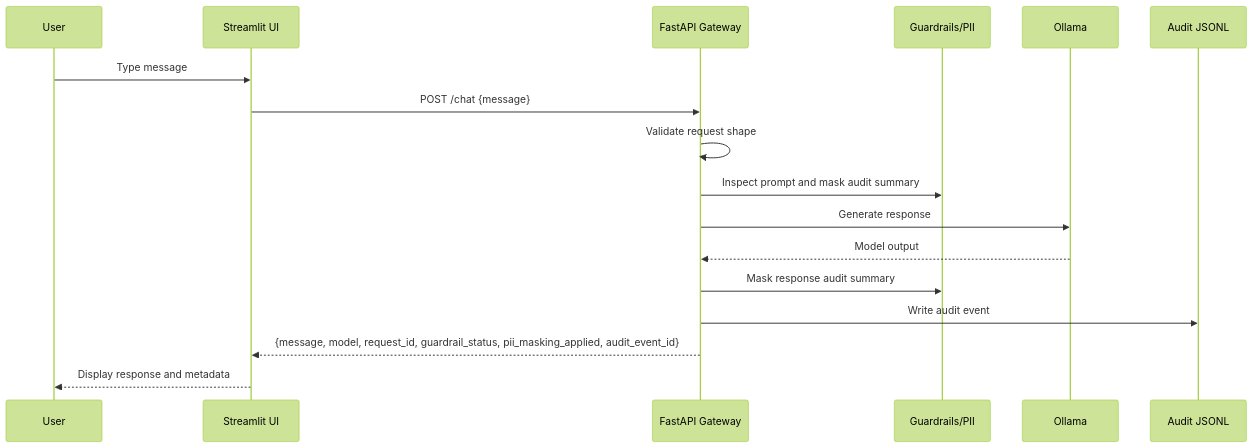
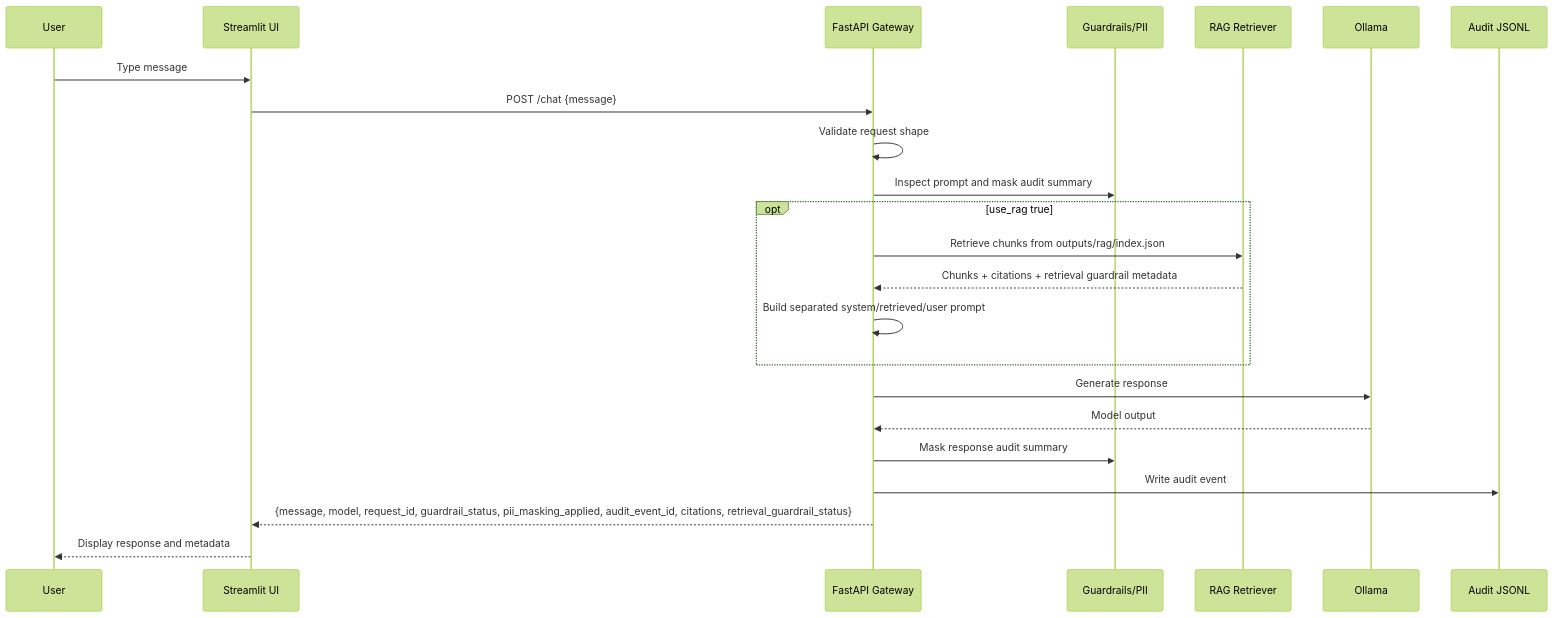
Before and after one commit to omcs-i-a/closed-llm-platform: the third of 4 diagrams in docs/architecture.md, drawn with Mermaid (forest theme). The commit also changed other lines of this file and 26 other files, not shown here.

````diff
--- a/docs/architecture.md
+++ b/docs/architecture.md
@@ -167,20 +176,26 @@
 ```mermaid
 sequenceDiagram
   participant U as User
   participant W as Streamlit UI
   participant A as FastAPI Gateway
   participant G as Guardrails/PII
+  participant R as RAG Retriever
   participant O as Ollama
   participant L as Audit JSONL
 
   U->>W: Type message
   W->>A: POST /chat {message}
   A->>A: Validate request shape
   A->>G: Inspect prompt and mask audit summary
+  opt use_rag true
+    A->>R: Retrieve chunks from outputs/rag/index.json
+    R-->>A: Chunks + citations + retrieval guardrail metadata
+    A->>A: Build separated system/retrieved/user prompt
+  end
   A->>O: Generate response
   O-->>A: Model output
   A->>G: Mask response audit summary
   A->>L: Write audit event
-  A-->>W: {message, model, request_id, guardrail_status, pii_masking_applied, audit_event_id}
+  A-->>W: {message, model, request_id, guardrail_status, pii_masking_applied, audit_event_id, citations, retrieval_guardrail_status}
   W-->>U: Display response and metadata
 ```
````
